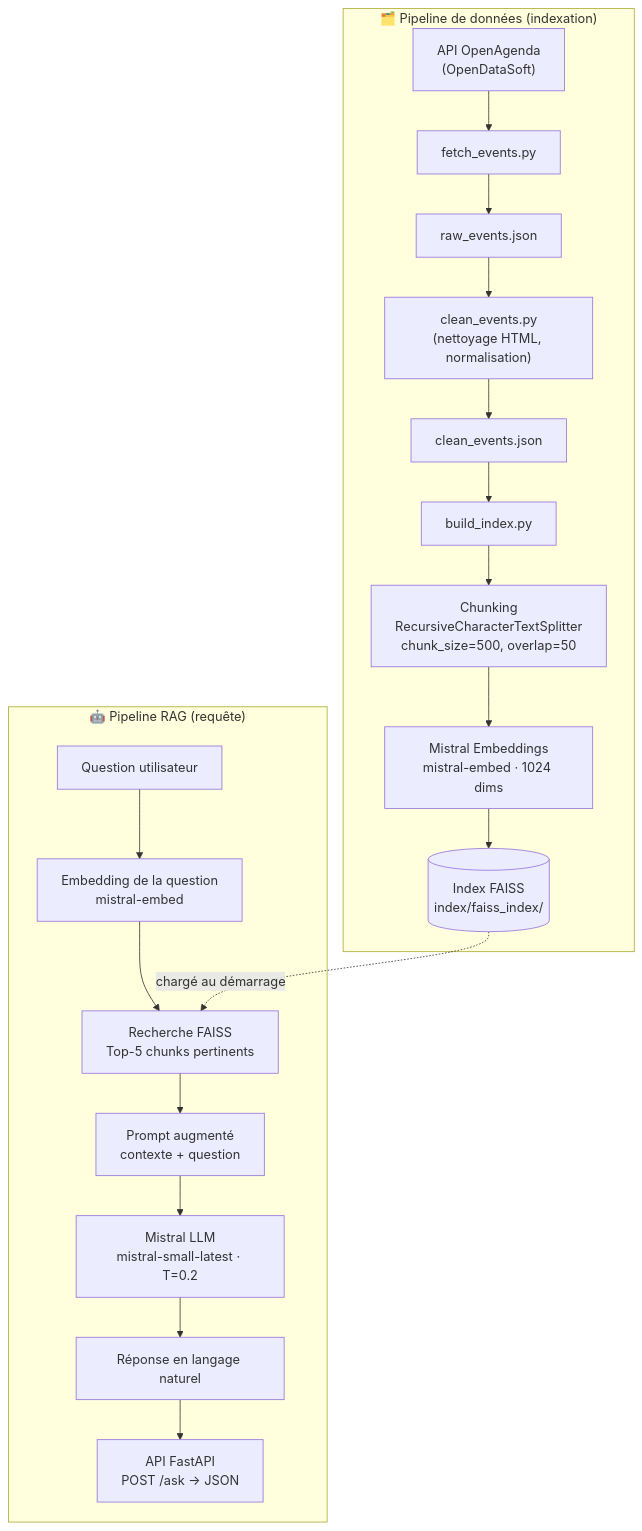
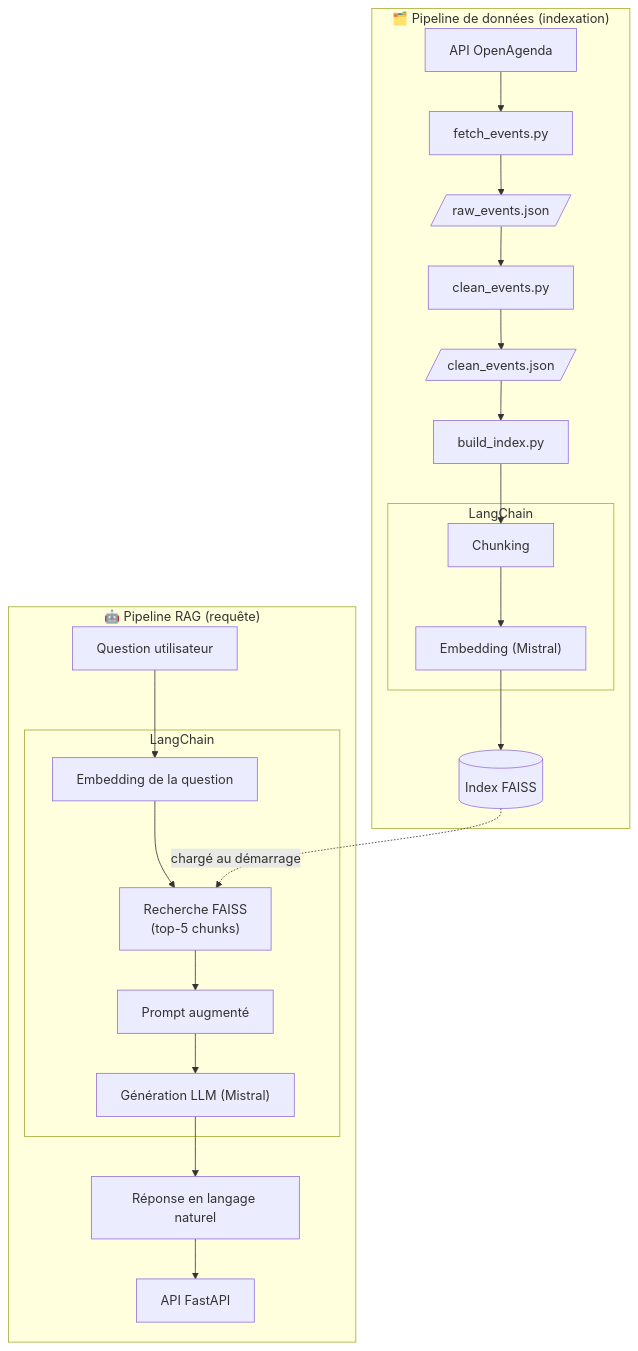
One commit to RaphaelRIVIERE/poc-rag changed the first of 2 diagrams in docs/rapport_technique.md. Above: the diagram before and after it, drawn with Mermaid. The commit also changed other lines of this file, not shown here.

Commit message:
docs: update technical report with latest eval results and improvements

````diff
--- a/docs/rapport_technique.md
+++ b/docs/rapport_technique.md
@@ -65,30 +59,34 @@
 ```mermaid
 flowchart TD
     subgraph INGESTION["🗂️ Pipeline de données (indexation)"]
-        A["API OpenAgenda\n(OpenDataSoft)"]
+        A["API OpenAgenda"]
         B["fetch_events.py"]
-        C["raw_events.json"]
-        D["clean_events.py\n(nettoyage HTML, normalisation)"]
-        E["clean_events.json"]
+        C[/"raw_events.json"/]
+        D["clean_events.py"]
+        E[/"clean_events.json"/]
         F["build_index.py"]
-        G["Chunking\nRecursiveCharacterTextSplitter\nchunk_size=500, overlap=50"]
-        H["Mistral Embeddings\nmistral-embed · 1024 dims"]
-        I[("Index FAISS\nindex/faiss_index/")]
+        subgraph LC1["LangChain"]
+            G["Chunking"]
+            H["Embedding (Mistral)"]
+        end
+        I[("Index FAISS")]
 
         A --> B --> C --> D --> E --> F --> G --> H --> I
     end
 
     subgraph RAG["🤖 Pipeline RAG (requête)"]
         J["Question utilisateur"]
-        K["Embedding de la question\nmistral-embed"]
-        L["Recherche FAISS\nTop-5 chunks pertinents"]
-        M["Prompt augmenté\ncontexte + question"]
-        N["Mistral LLM\nmistral-small-latest · T=0.2"]
+        subgraph LC2["LangChain"]
+            K["Embedding de la question"]
+            L["Recherche FAISS\n(top-5 chunks)"]
+            M["Prompt augmenté"]
+            N["Génération LLM (Mistral)"]
+        end
         O["Réponse en langage naturel"]
-        P["API FastAPI\nPOST /ask → JSON"]
+        P["API FastAPI"]
 
         J --> K --> L --> M --> N --> O --> P
     end
 
     I -.->|"chargé au démarrage"| L
 ```
````
